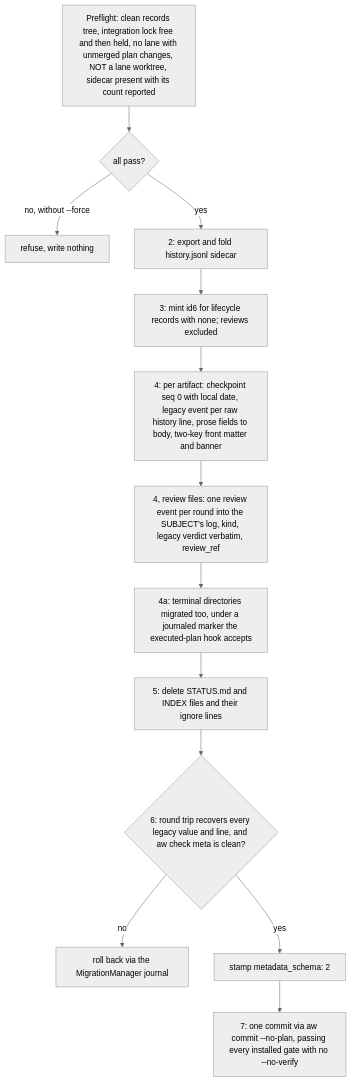
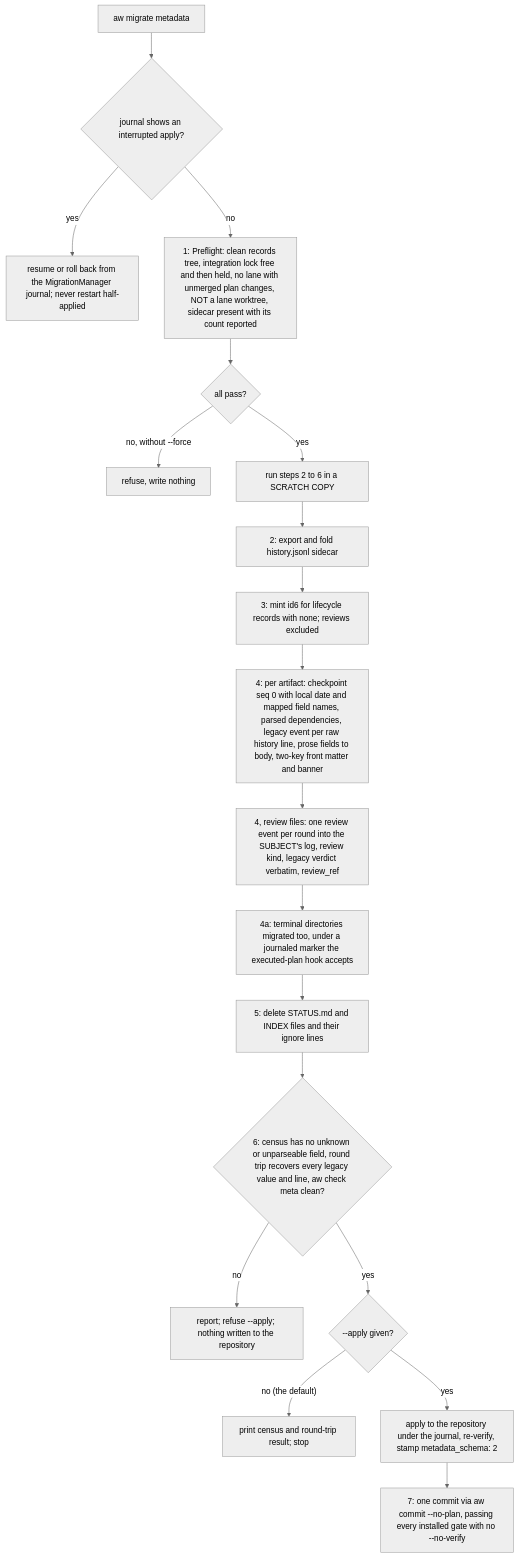
The eighth of 10 diagrams in .aw/records/specs/reviewed/20260925-metastore-01-4sd62s-artifact-metadata-store.spec.md (fariello/agent-workflows), drawn with Mermaid (neutral theme) before and after one commit. The commit also changed other lines of this file and 1 other file, not shown here.

First line of the commit message:
spec-review: harden 4sd62s round 8 (cache schema, run index, naming rule, write order; revisions applied)

````diff
--- a/.aw/records/specs/reviewed/20260925-metastore-01-4sd62s-artifact-metadata-store.spec.md
+++ b/.aw/records/specs/reviewed/20260925-metastore-01-4sd62s-artifact-metadata-store.spec.md
@@ -784,15 +1124,21 @@
 ```mermaid
 flowchart TD
-    P["Preflight: clean records tree, integration lock free and then held, no lane with unmerged plan changes, NOT a lane worktree, sidecar present with its count reported"] --> Q{"all pass?"}
+    Z["aw migrate metadata"] --> Z1{"journal shows an interrupted apply?"}
+    Z1 -- yes --> Z2["resume or roll back from the MigrationManager journal; never restart half-applied"]
+    Z1 -- no --> P["1: Preflight: clean records tree, integration lock free and then held, no lane with unmerged plan changes, NOT a lane worktree, sidecar present with its count reported"]
+    P --> Q{"all pass?"}
     Q -- "no, without --force" --> R["refuse, write nothing"]
-    Q -- yes --> S2["2: export and fold history.jsonl sidecar"]
+    Q -- yes --> W["run steps 2 to 6 in a SCRATCH COPY"]
+    W --> S2["2: export and fold history.jsonl sidecar"]
     S2 --> S3["3: mint id6 for lifecycle records with none; reviews excluded"]
-    S3 --> S4["4: per artifact: checkpoint seq 0 with local date, legacy event per raw history line, prose fields to body, two-key front matter and banner"]
-    S4 --> S4r["4, review files: one review event per round into the SUBJECT's log, kind, legacy verdict verbatim, review_ref"]
+    S3 --> S4["4: per artifact: checkpoint seq 0 with local date and mapped field names, parsed dependencies, legacy event per raw history line, prose fields to body, two-key front matter and banner"]
+    S4 --> S4r["4, review files: one review event per round into the SUBJECT's log, review kind, legacy verdict verbatim, review_ref"]
     S4r --> S4a["4a: terminal directories migrated too, under a journaled marker the executed-plan hook accepts"]
     S4a --> S5["5: delete STATUS.md and INDEX files and their ignore lines"]
-    S5 --> S6{"6: round trip recovers every legacy value and line, and aw check meta is clean?"}
-    S6 -- no --> X["roll back via the MigrationManager journal"]
-    S6 -- yes --> S6b["stamp metadata_schema: 2"]
-    S6b --> S7["7: one commit via aw commit --no-plan, passing every installed gate with no --no-verify"]
+    S5 --> S6{"6: census has no unknown or unparseable field, round trip recovers every legacy value and line, aw check meta clean?"}
+    S6 -- no --> X["report; refuse --apply; nothing written to the repository"]
+    S6 -- yes --> Y{"--apply given?"}
+    Y -- "no (the default)" --> Y1["print census and round-trip result; stop"]
+    Y -- yes --> Y2["apply to the repository under the journal, re-verify, stamp metadata_schema: 2"]
+    Y2 --> S7["7: one commit via aw commit --no-plan, passing every installed gate with no --no-verify"]
 ```
````
